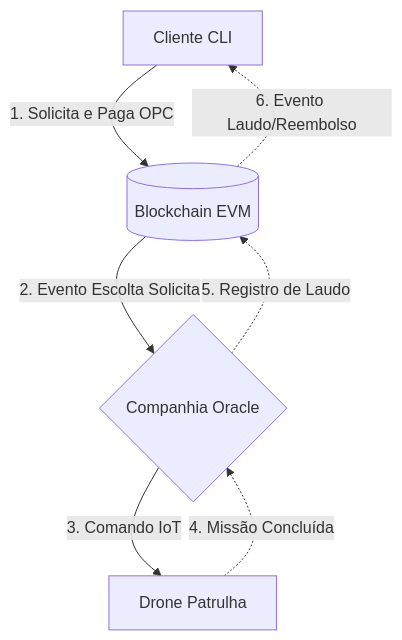
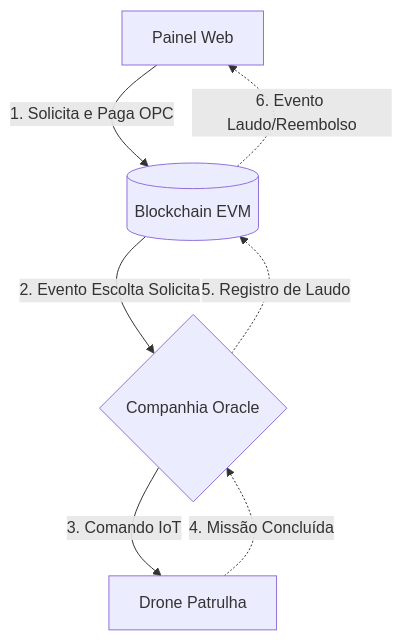
Before and after one commit to cleidson21/PBL_3_Redes-economia_e_auditoria_de_guerra: the diagram in README.md, drawn with Mermaid. The commit also changed other lines of this file and 7 other files, not shown here.

````diff
--- a/README.md
+++ b/README.md
@@ -33,9 +33,9 @@
 ```mermaid
 graph TD
-    A[Cliente CLI] -->|1. Solicita e Paga OPC| B[(Blockchain EVM)]
+    A[Painel Web] -->|1. Solicita e Paga OPC| B[(Blockchain EVM)]
     B -->|2. Evento Escolta Solicita| C{Companhia Oracle}
     C -->|3. Comando IoT| D[Drone Patrulha]
     D -.->|4. Missão Concluída| C
     C -.->|5. Registro de Laudo| B
     B -.->|6. Evento Laudo/Reembolso| A
 ```
````
